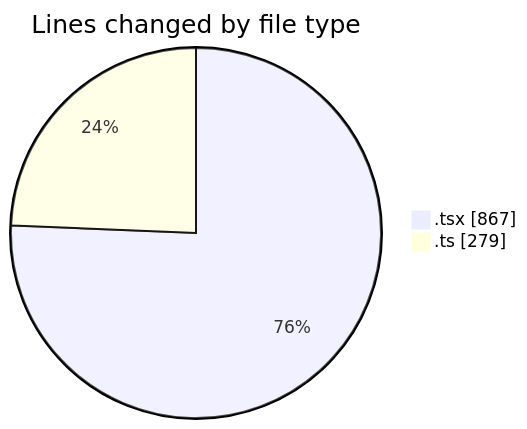
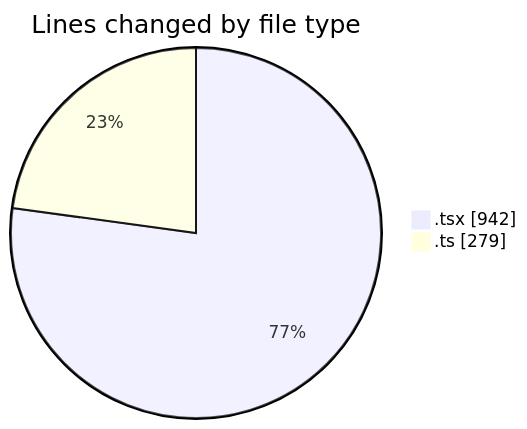
The first of 2 diagrams in 2026-04-19/airfeed-analytics-dashboard/README.md (nxtqubesakshisongat/code-tracking), drawn with Mermaid before and after one commit. The commit also changed other lines of this file and 1 other file, not shown here.

````diff
--- a/2026-04-19/airfeed-analytics-dashboard/README.md
+++ b/2026-04-19/airfeed-analytics-dashboard/README.md
@@ -25,6 +26,6 @@
 ```mermaid
 pie showData
 title Lines changed by file type
-".tsx" : 867
+".tsx" : 942
 ".ts" : 279
 ```
````
